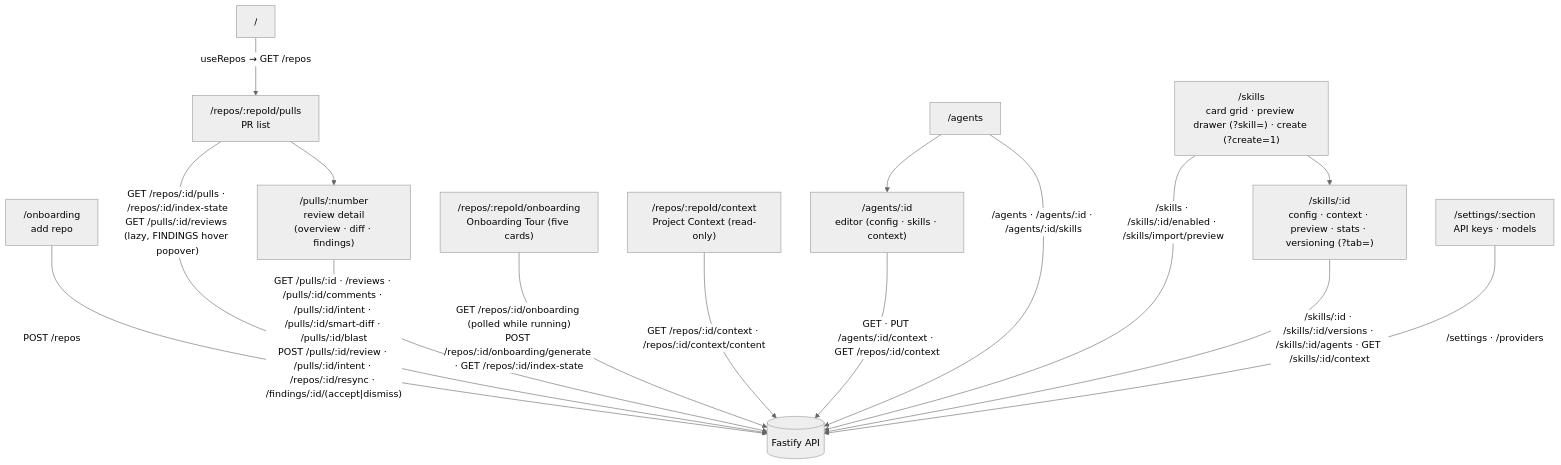
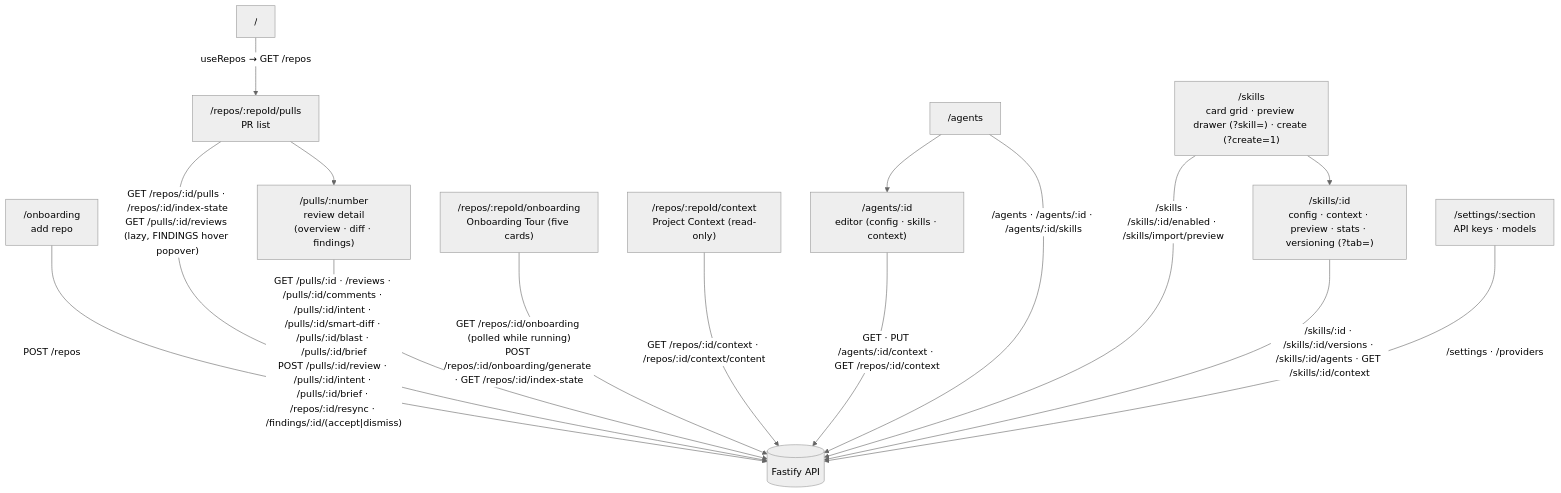
One commit to artemmmon/dev-digest changed the diagram in client/README.md. Above: the diagram before and after it, drawn with Mermaid (neutral theme). The commit also changed other lines of this file and 79 other files, not shown here.

First line of the commit message:
feat: HW5 PR Brief — Overview block, GET/POST /pulls/:id/brief and jump to Files changed (#19)

````diff
--- a/client/README.md
+++ b/client/README.md
@@ -23,22 +23,22 @@
 ```mermaid
 flowchart TD
   ROOT["/"] -->|"useRepos → GET /repos"| PULLS["/repos/:repoId/pulls<br/>PR list"]
   ONB["/onboarding<br/>add repo"] -->|"POST /repos"| API[("Fastify API")]
   PULLS --> PR["/pulls/:number<br/>review detail<br/>(overview · diff · findings)"]
 
   CTX["/repos/:repoId/context<br/>Project Context (read-only)"]
   TOUR["/repos/:repoId/onboarding<br/>Onboarding Tour (five cards)"]
   AGENTS["/agents"] --> AGENT["/agents/:id<br/>editor (config · skills · context)"]
   SKILLS["/skills<br/>card grid · preview drawer (?skill=) · create (?create=1)"] --> SKILL["/skills/:id<br/>config · context · preview · stats · versioning (?tab=)"]
   SETTINGS["/settings/:section<br/>API keys · models"]
 
   PULLS -->|"GET /repos/:id/pulls · /repos/:id/index-state<br/>GET /pulls/:id/reviews (lazy, FINDINGS hover popover)"| API
-  PR -->|"GET /pulls/:id · /reviews · /pulls/:id/comments · /pulls/:id/intent · /pulls/:id/smart-diff · /pulls/:id/blast<br/>POST /pulls/:id/review · /pulls/:id/intent · /repos/:id/resync · /findings/:id/(accept|dismiss)"| API
+  PR -->|"GET /pulls/:id · /reviews · /pulls/:id/comments · /pulls/:id/intent · /pulls/:id/smart-diff · /pulls/:id/blast · /pulls/:id/brief<br/>POST /pulls/:id/review · /pulls/:id/intent · /pulls/:id/brief · /repos/:id/resync · /findings/:id/(accept|dismiss)"| API
   TOUR -->|"GET /repos/:id/onboarding (polled while running)<br/>POST /repos/:id/onboarding/generate · GET /repos/:id/index-state"| API
   CTX -->|"GET /repos/:id/context · /repos/:id/context/content"| API
   AGENT -->|"GET · PUT /agents/:id/context · GET /repos/:id/context"| API
   AGENTS -->|"/agents · /agents/:id · /agents/:id/skills"| API
   SKILLS -->|"/skills · /skills/:id/enabled · /skills/import/preview"| API
   SKILL -->|"/skills/:id · /skills/:id/versions · /skills/:id/agents · GET /skills/:id/context"| API
   SETTINGS -->|"/settings · /providers"| API
 ```
````
